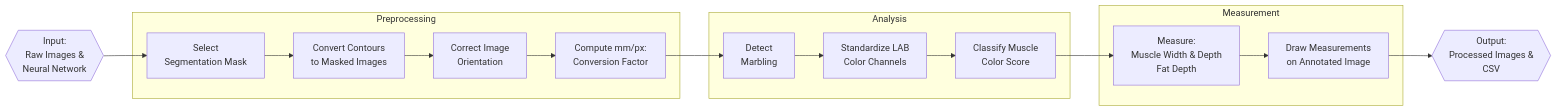
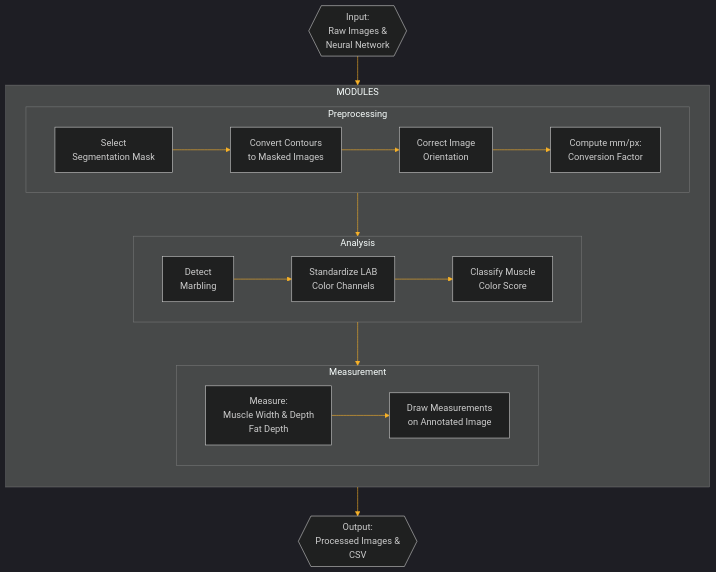
Before and after one commit to AAFC-Bioinfo-AAC/pork-vision: the diagram in README.md, drawn with Mermaid.

Commit message:
Replace mermaid flowchart in README.md

````diff
--- a/README.md
+++ b/README.md
@@ -75,23 +75,29 @@
 ```mermaid
-flowchart LR
-    A{{Input:<br>Raw Images &<br>Neural Network}} --> B
-
-    subgraph Preprocessing
+---
+config:
+  theme: 'dark'
+  themeVariables:
+    lineColor: '#F8B229'
+---
+flowchart TB
+    subgraph MODULES
+      direction TB
+      subgraph Preprocessing
+        direction LR
         B[Select<br>Segmentation Mask] --> C[Convert Contours<br>to Masked Images]
         C --> D[Correct Image<br>Orientation]
         D --> E[Compute mm/px:<br>Conversion Factor]
+      end
+      subgraph Analysis
+        direction LR
+        F[Detect<br>Marbling] --> G[Standardize LAB<br>Color Channels]
+        G --> H[Classify Muscle<br>Color Score]
+      end
+      subgraph Measurement
+        direction LR
+        I[Measure:<br>Muscle Width & Depth<br>Fat Depth] --> J[Draw Measurements<br>on Annotated Image]
+      end
     end
-
-    subgraph Analysis
-        E --> F[Detect<br>Marbling]
-        F --> G[Standardize LAB<br>Color Channels]
-        G --> H[Classify Muscle<br>Color Score]
-    end
-
-    subgraph Measurement
-        H --> I[Measure:<br>Muscle Width & Depth<br>Fat Depth]
-        I --> J[Draw Measurements<br>on Annotated Image]
-    end
-
-    J --> K{{Output:<br>Processed Images &<br>CSV}}
+    A{{Input:<br>Raw Images &<br>Neural Network}} --> MODULES --> Z{{Output:<br>Processed Images &<br>CSV}}
+    Preprocessing --> Analysis --> Measurement
 ```
````
